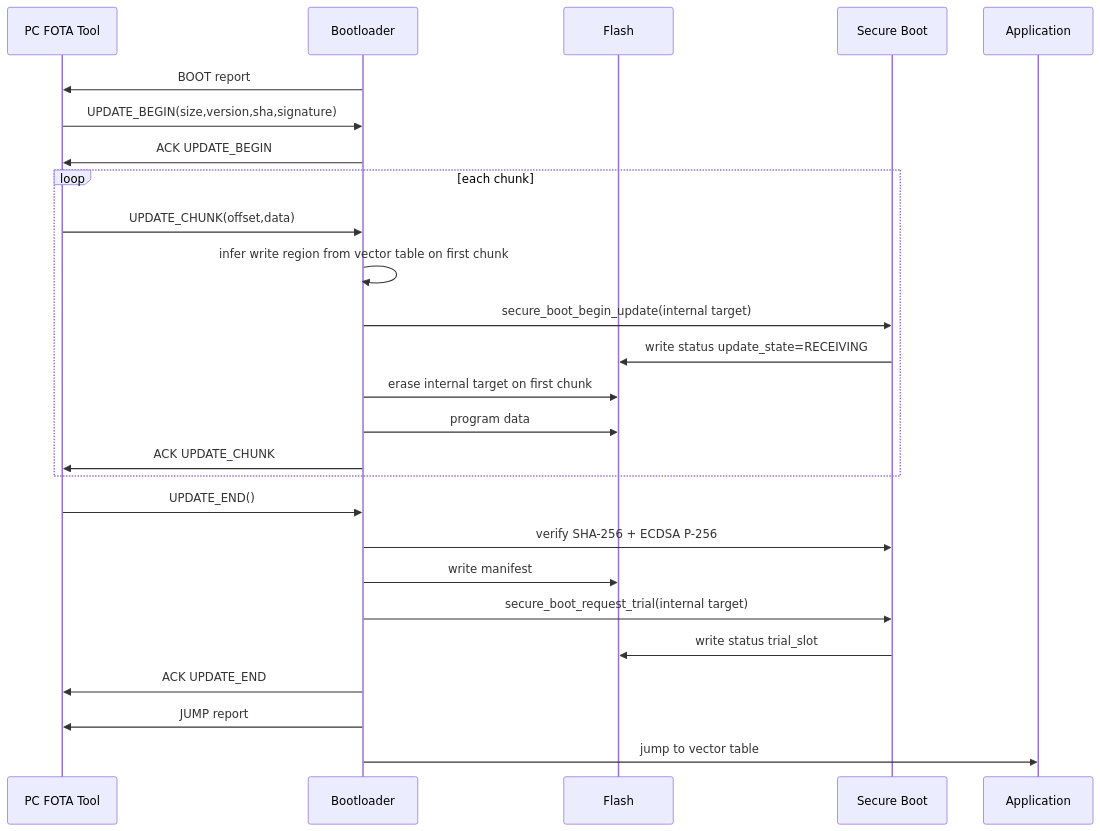
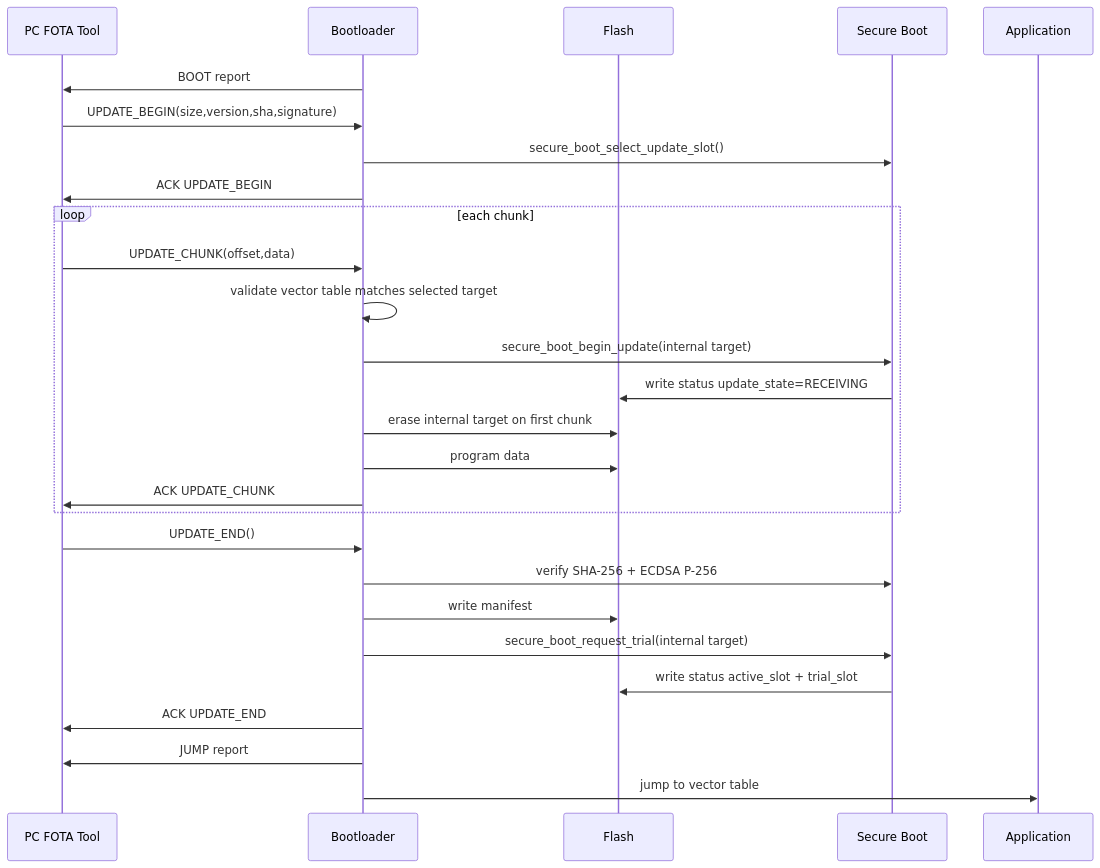
One commit to tiem-alpha/secure_bootloader changed the fifth of 7 diagrams in README.md. Above: the diagram before and after it, drawn with Mermaid. The commit also changed other lines of this file and 11 other files, not shown here.

````diff
--- a/README.md
+++ b/README.md
@@ -494,31 +505,32 @@
 ```mermaid
 sequenceDiagram
     participant PC as PC FOTA Tool
     participant BL as Bootloader
     participant FL as Flash
     participant SB as Secure Boot
     participant APP as Application
 
     BL->>PC: BOOT report
     PC->>BL: UPDATE_BEGIN(size,version,sha,signature)
+    BL->>SB: secure_boot_select_update_slot()
     BL->>PC: ACK UPDATE_BEGIN
 
     loop each chunk
         PC->>BL: UPDATE_CHUNK(offset,data)
-        BL->>BL: infer write region from vector table on first chunk
+        BL->>BL: validate vector table matches selected target
         BL->>SB: secure_boot_begin_update(internal target)
         SB->>FL: write status update_state=RECEIVING
         BL->>FL: erase internal target on first chunk
         BL->>FL: program data
         BL->>PC: ACK UPDATE_CHUNK
     end
 
     PC->>BL: UPDATE_END()
     BL->>SB: verify SHA-256 + ECDSA P-256
     BL->>FL: write manifest
     BL->>SB: secure_boot_request_trial(internal target)
-    SB->>FL: write status trial_slot
+    SB->>FL: write status active_slot + trial_slot
     BL->>PC: ACK UPDATE_END
     BL->>PC: JUMP report
     BL->>APP: jump to vector table
 ```
````
